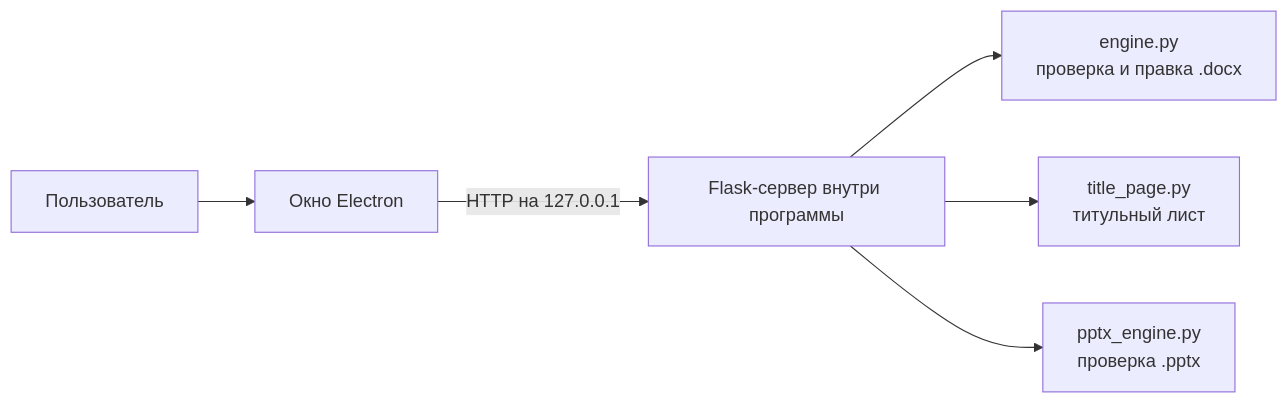
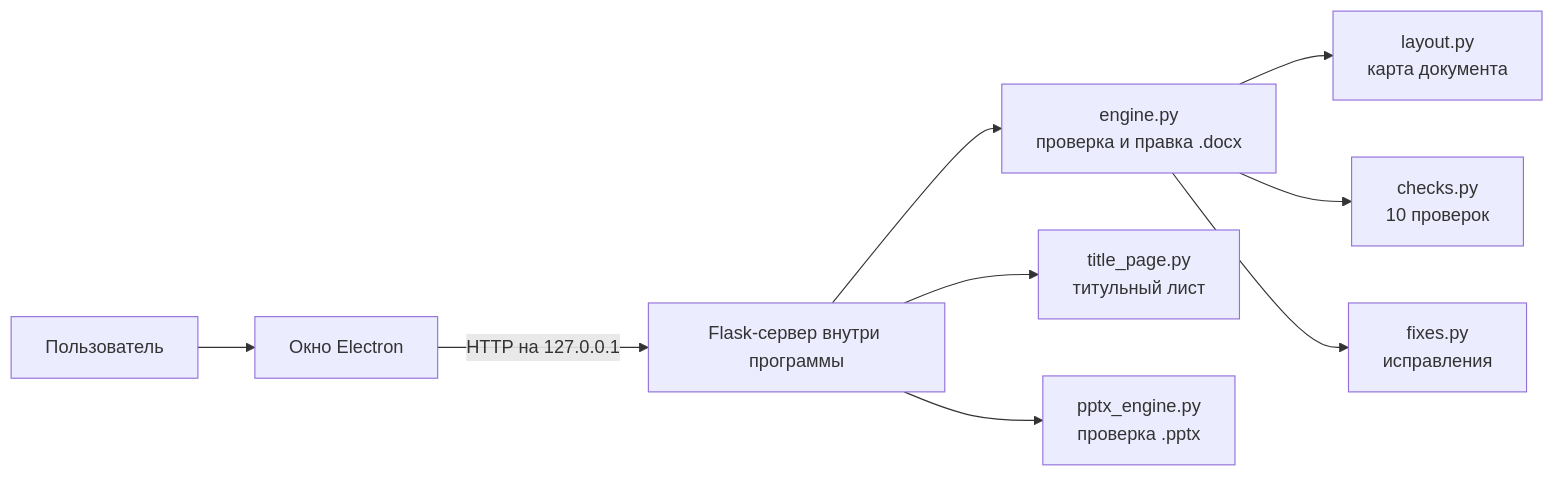
Before and after one commit to RAMPAAAGE/oformitel: the diagram in README.md, drawn with Mermaid. The commit also changed other lines of this file and 19 other files, not shown here.

````diff
--- a/README.md
+++ b/README.md
@@ -62,8 +62,11 @@
 ```mermaid
 flowchart LR
     U[Пользователь] --> E[Окно Electron]
     E -->|HTTP на 127.0.0.1| F[Flask-сервер внутри программы]
     F --> D[engine.py<br>проверка и правка .docx]
+    D --> L[layout.py<br>карта документа]
+    D --> C[checks.py<br>10 проверок]
+    D --> X[fixes.py<br>исправления]
     F --> T[title_page.py<br>титульный лист]
     F --> P[pptx_engine.py<br>проверка .pptx]
 ```
````
